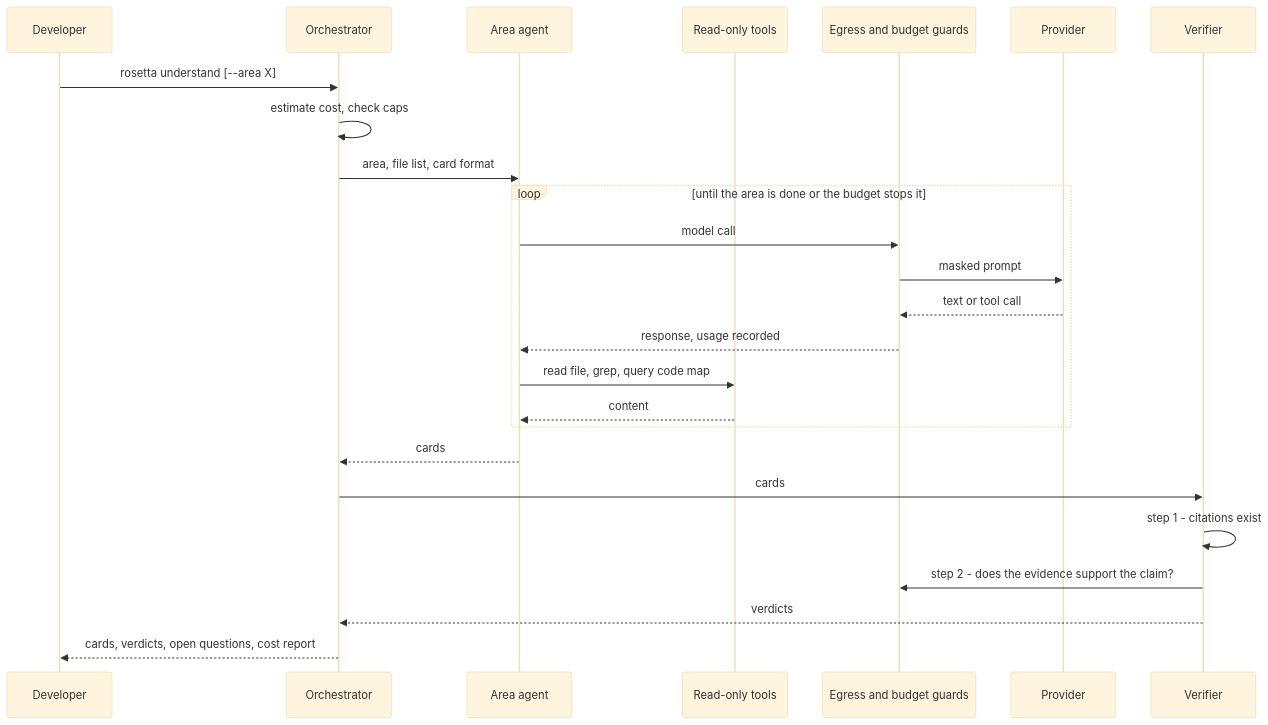
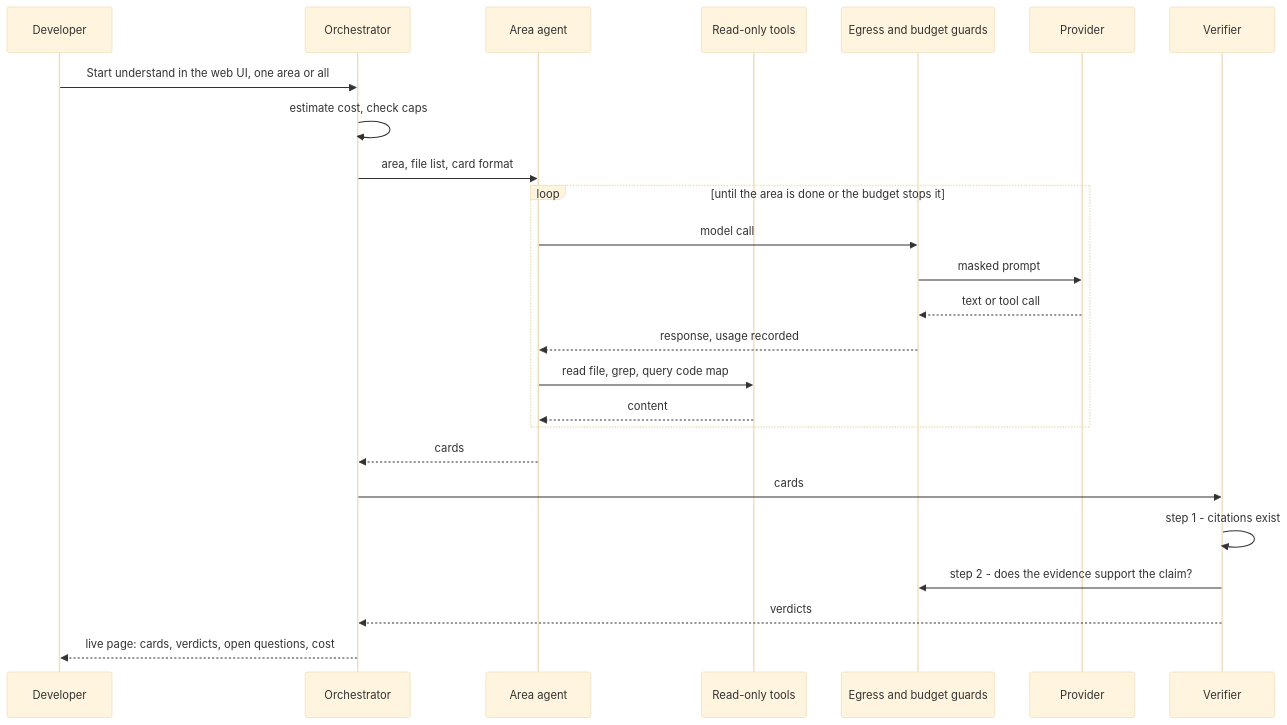
The fourth of 4 diagrams in docs/rfc/RFC-001-rosetta.md (blacklight0101/Rosetta), drawn with Mermaid (base theme) before and after one commit. The commit also changed other lines of this file and 33 other files, not shown here.

````diff
--- a/docs/rfc/RFC-001-rosetta.md
+++ b/docs/rfc/RFC-001-rosetta.md
@@ -231,27 +231,27 @@
 ```mermaid
 sequenceDiagram
   participant Dev as Developer
   participant Orc as Orchestrator
   participant Ag as Area agent
   participant Tools as Read-only tools
   participant Eg as Egress and budget guards
   participant LLM as Provider
   participant Ver as Verifier
-  Dev->>Orc: rosetta understand [--area X]
+  Dev->>Orc: Start understand in the web UI, one area or all
   Orc->>Orc: estimate cost, check caps
   Orc->>Ag: area, file list, card format
   loop until the area is done or the budget stops it
     Ag->>Eg: model call
     Eg->>LLM: masked prompt
     LLM-->>Eg: text or tool call
     Eg-->>Ag: response, usage recorded
     Ag->>Tools: read file, grep, query code map
     Tools-->>Ag: content
   end
   Ag-->>Orc: cards
   Orc->>Ver: cards
   Ver->>Ver: step 1 - citations exist
   Ver->>Eg: step 2 - does the evidence support the claim?
   Ver-->>Orc: verdicts
-  Orc-->>Dev: cards, verdicts, open questions, cost report
+  Orc-->>Dev: live page: cards, verdicts, open questions, cost
 ```
````
